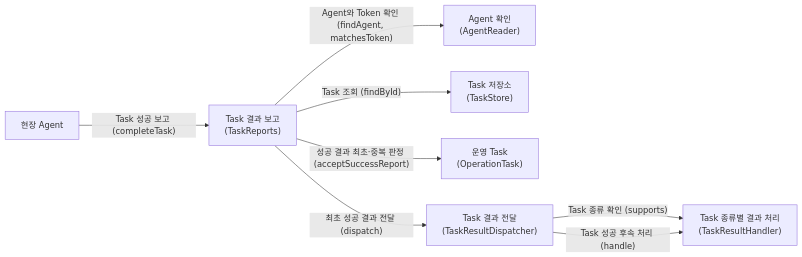
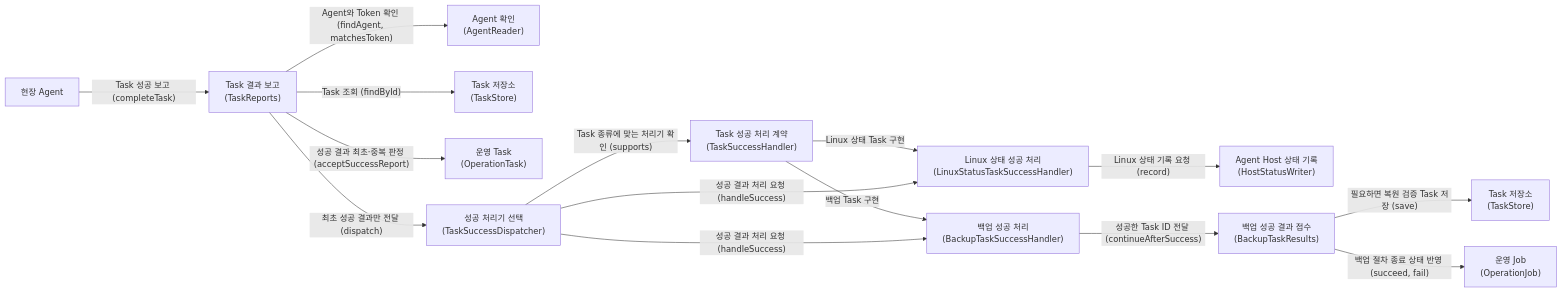
One commit to hsjni0110/db-fleet-ops changed the eighth of 10 diagrams in docs/diagram/유스케이스별-객체-관계.md. Above: the diagram before and after it, drawn with Mermaid. The commit also changed other lines of this file and 20 other files, not shown here.

Commit message:
refactor: clarify task success handling boundaries

````diff
--- a/docs/diagram/유스케이스별-객체-관계.md
+++ b/docs/diagram/유스케이스별-객체-관계.md
@@ -156,18 +156,31 @@
 ```mermaid
 flowchart LR
     AGENT[현장 Agent]
     REPORTS["Task 결과 보고<br/>(TaskReports)"]
     AGENTS["Agent 확인<br/>(AgentReader)"]
     STORE["Task 저장소<br/>(TaskStore)"]
     TASK["운영 Task<br/>(OperationTask)"]
-    DISPATCHER["Task 결과 전달<br/>(TaskResultDispatcher)"]
-    HANDLER["Task 종류별 결과 처리<br/>(TaskResultHandler)"]
+    DISPATCHER["성공 처리기 선택<br/>(TaskSuccessDispatcher)"]
+    HANDLER["Task 성공 처리 계약<br/>(TaskSuccessHandler)"]
+    LINUX_HANDLER["Linux 상태 성공 처리<br/>(LinuxStatusTaskSuccessHandler)"]
+    BACKUP_HANDLER["백업 성공 처리<br/>(BackupTaskSuccessHandler)"]
+    HOST_STATUS["Agent Host 상태 기록<br/>(HostStatusWriter)"]
+    BACKUP_RESULTS["백업 성공 결과 접수<br/>(BackupTaskResults)"]
+    NEXT_TASK["Task 저장소<br/>(TaskStore)"]
+    JOB["운영 Job<br/>(OperationJob)"]
 
     AGENT -->|"Task 성공 보고 (completeTask)"| REPORTS
     REPORTS -->|"Agent와 Token 확인 (findAgent, matchesToken)"| AGENTS
     REPORTS -->|"Task 조회 (findById)"| STORE
     REPORTS -->|"성공 결과 최초·중복 판정 (acceptSuccessReport)"| TASK
-    REPORTS -->|"최초 성공 결과 전달 (dispatch)"| DISPATCHER
-    DISPATCHER -->|"Task 종류 확인 (supports)"| HANDLER
-    DISPATCHER -->|"Task 성공 후속 처리 (handle)"| HANDLER
+    REPORTS -->|"최초 성공 결과만 전달 (dispatch)"| DISPATCHER
+    DISPATCHER -->|"Task 종류에 맞는 처리기 확인 (supports)"| HANDLER
+    HANDLER -->|"Linux 상태 Task 구현"| LINUX_HANDLER
+    HANDLER -->|"백업 Task 구현"| BACKUP_HANDLER
+    DISPATCHER -->|"성공 결과 처리 요청 (handleSuccess)"| LINUX_HANDLER
+    DISPATCHER -->|"성공 결과 처리 요청 (handleSuccess)"| BACKUP_HANDLER
+    LINUX_HANDLER -->|"Linux 상태 기록 요청 (record)"| HOST_STATUS
+    BACKUP_HANDLER -->|"성공한 Task ID 전달 (continueAfterSuccess)"| BACKUP_RESULTS
+    BACKUP_RESULTS -->|"필요하면 복원 검증 Task 저장 (save)"| NEXT_TASK
+    BACKUP_RESULTS -->|"백업 절차 종료 상태 반영 (succeed, fail)"| JOB
 ```
````
